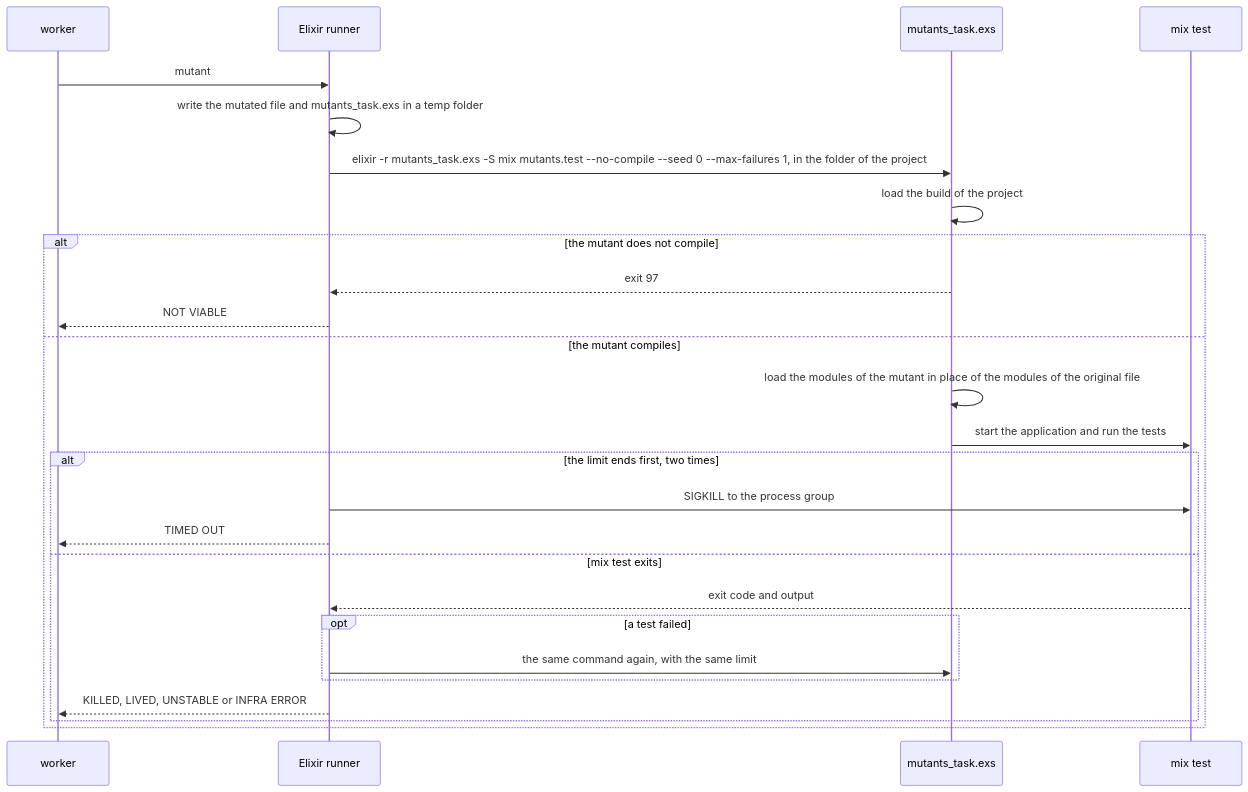
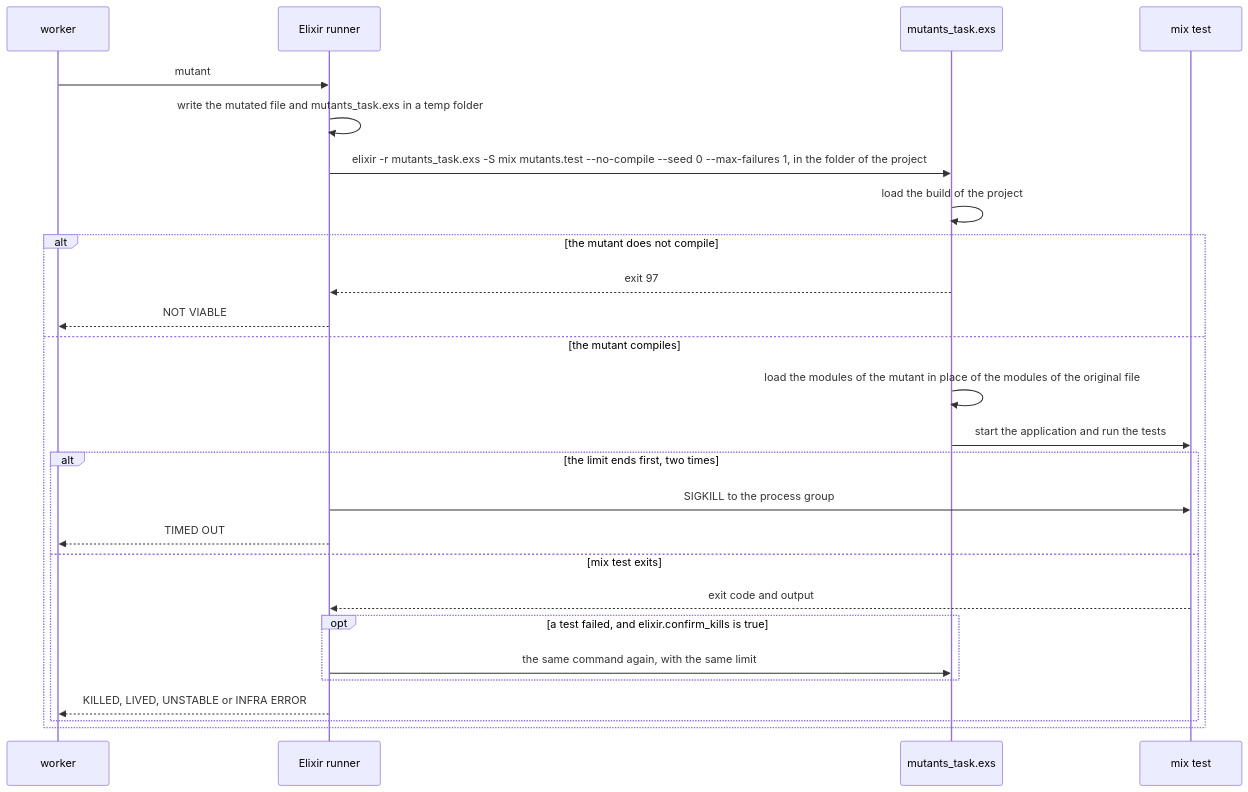
Before and after one commit to hpcsc/mutants: the fifth of 7 diagrams in docs/design.md, drawn with Mermaid. The commit also changed other lines of this file and 7 other files, not shown here.

First line of the commit message:
Run a kill once in Elixir, unless elixir.confirm_kills is on

````diff
--- a/docs/design.md
+++ b/docs/design.md
@@ -666,28 +666,28 @@
 ```mermaid
 sequenceDiagram
     participant W as worker
     participant R as Elixir runner
     participant T as mutants_task.exs
     participant M as mix test
     W->>R: mutant
     R->>R: write the mutated file and mutants_task.exs in a temp folder
     R->>T: elixir -r mutants_task.exs -S mix mutants.test --no-compile --seed 0 --max-failures 1, in the folder of the project
     T->>T: load the build of the project
     alt the mutant does not compile
         T-->>R: exit 97
         R-->>W: NOT VIABLE
     else the mutant compiles
         T->>T: load the modules of the mutant in place of the modules of the original file
         T->>M: start the application and run the tests
         alt the limit ends first, two times
             R->>M: SIGKILL to the process group
             R-->>W: TIMED OUT
         else mix test exits
             M-->>R: exit code and output
-            opt a test failed
+            opt a test failed, and elixir.confirm_kills is true
                 R->>T: the same command again, with the same limit
             end
             R-->>W: KILLED, LIVED, UNSTABLE or INFRA ERROR
         end
     end
 ```
````
